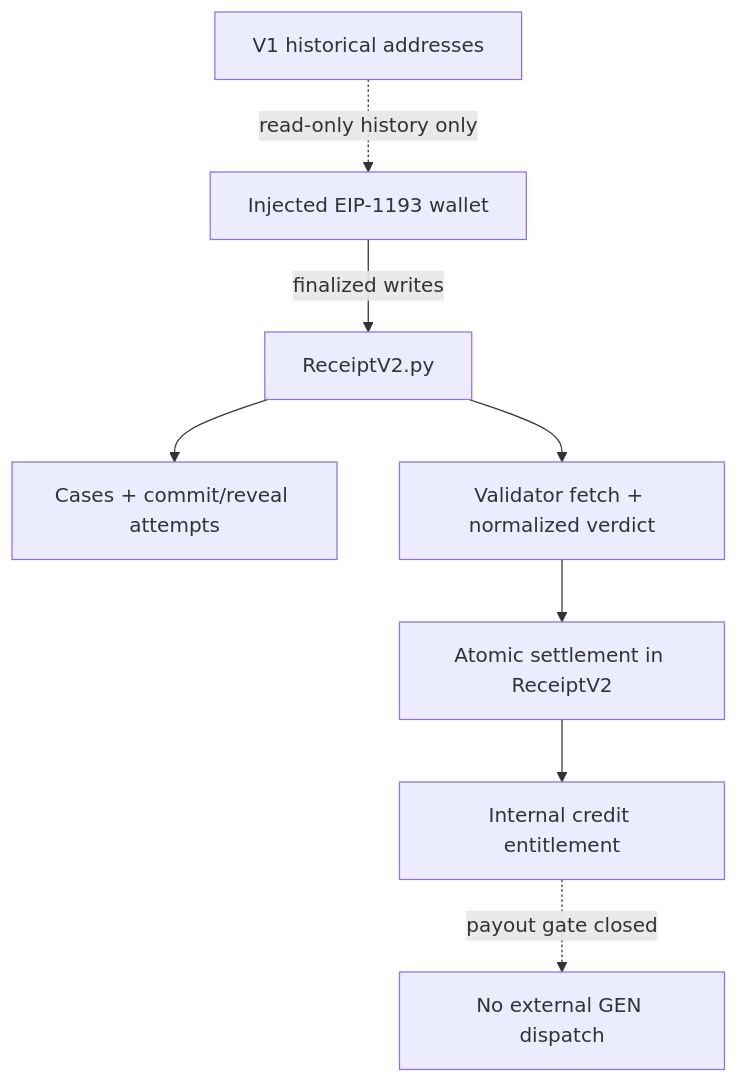
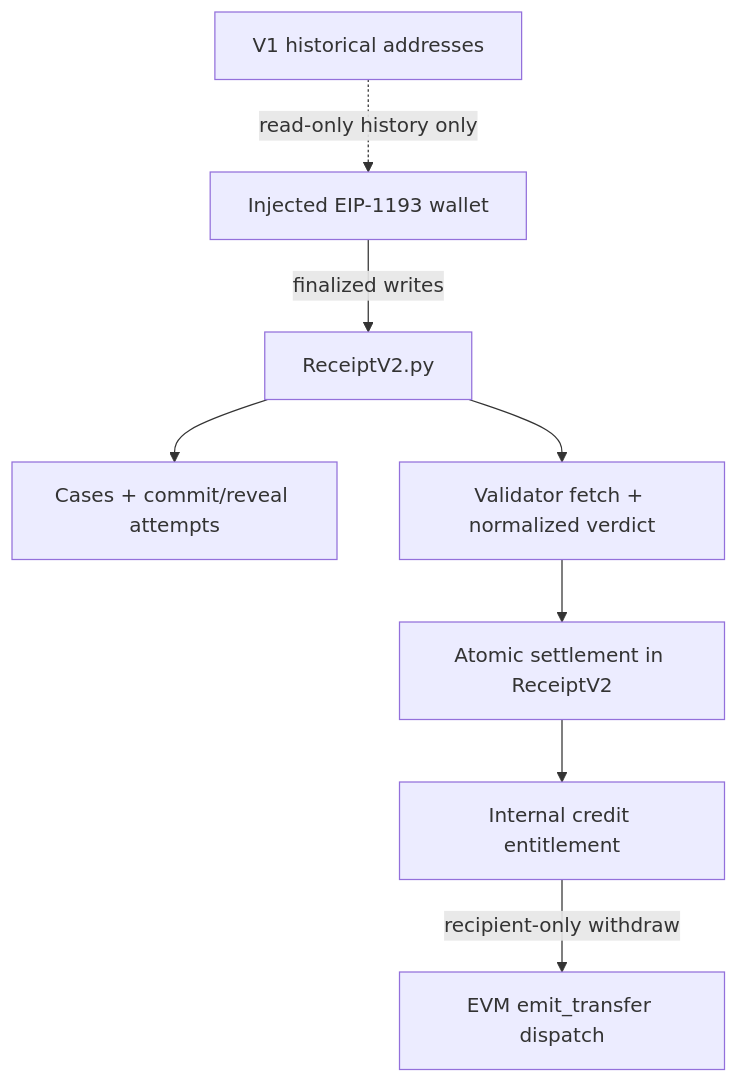
The diagram in README.md (ometere123/receipt-), drawn with Mermaid before and after one commit. The commit also changed other lines of this file and 19 other files, not shown here.

````diff
--- a/README.md
+++ b/README.md
@@ -13,10 +15,10 @@
 ```mermaid
 flowchart TD
   W[Injected EIP-1193 wallet] -->|finalized writes| R[ReceiptV2.py]
   R --> C[Cases + commit/reveal attempts]
   R --> A[Validator fetch + normalized verdict]
   A --> S[Atomic settlement in ReceiptV2]
   S --> E[Internal credit entitlement]
-  E -. payout gate closed .-> X[No external GEN dispatch]
+  E -->|recipient-only withdraw| X[EVM emit_transfer dispatch]
   H[V1 historical addresses] -. read-only history only .-> W
 ```
````
